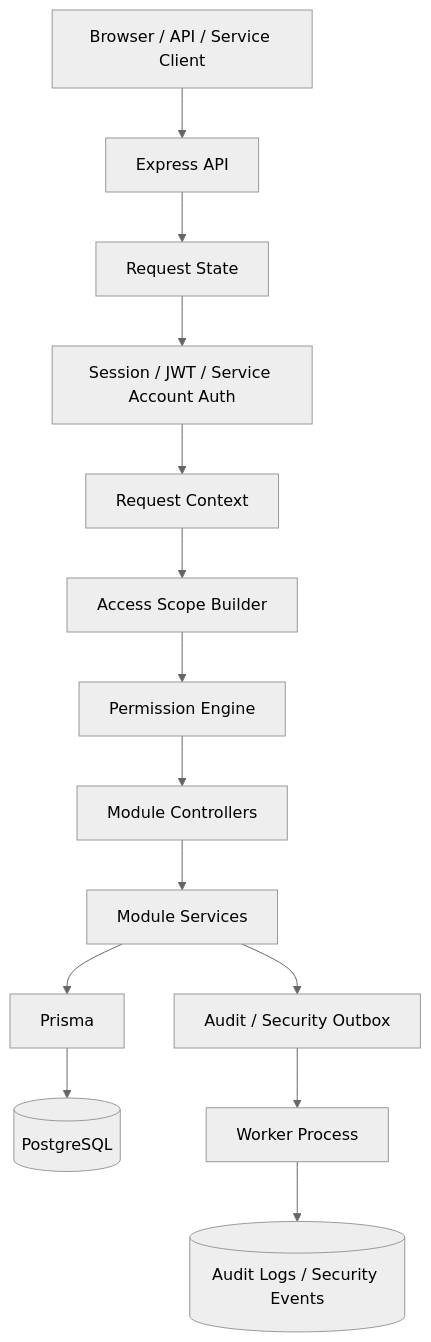
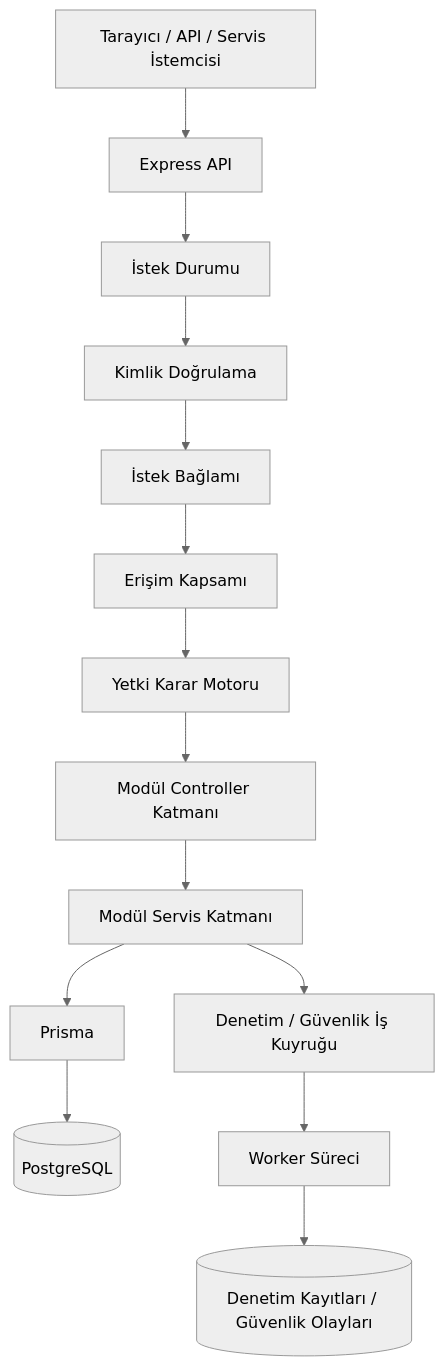
Before and after one commit to Mehmet-Aytac/enterprise-backend-foundation-case-study: the diagram in README.tr.md, drawn with Mermaid (neutral theme). The commit also changed other lines of this file, not shown here.

````diff
--- a/README.tr.md
+++ b/README.tr.md
@@ -44,16 +44,16 @@
 ```mermaid
 flowchart TD
-    Client[Browser / API / Service Client] --> API[Express API]
-    API --> State[Request State]
-    State --> Auth[Session / JWT / Service Account Auth]
-    Auth --> Context[Request Context]
-    Context --> Scope[Access Scope Builder]
-    Scope --> Permission[Permission Engine]
-    Permission --> Controller[Module Controllers]
-    Controller --> Service[Module Services]
+    Client[Tarayıcı / API / Servis İstemcisi] --> API[Express API]
+    API --> State[İstek Durumu]
+    State --> Auth[Kimlik Doğrulama]
+    Auth --> Context[İstek Bağlamı]
+    Context --> Scope[Erişim Kapsamı]
+    Scope --> Permission[Yetki Karar Motoru]
+    Permission --> Controller[Modül Controller Katmanı]
+    Controller --> Service[Modül Servis Katmanı]
     Service --> Prisma[Prisma]
     Prisma --> DB[(PostgreSQL)]
-    Service --> Outbox[Audit / Security Outbox]
-    Outbox --> Worker[Worker Process]
-    Worker --> Audit[(Audit Logs / Security Events)]
+    Service --> Outbox[Denetim / Güvenlik İş Kuyruğu]
+    Outbox --> Worker[Worker Süreci]
+    Worker --> Audit[(Denetim Kayıtları / Güvenlik Olayları)]
 ```
````
